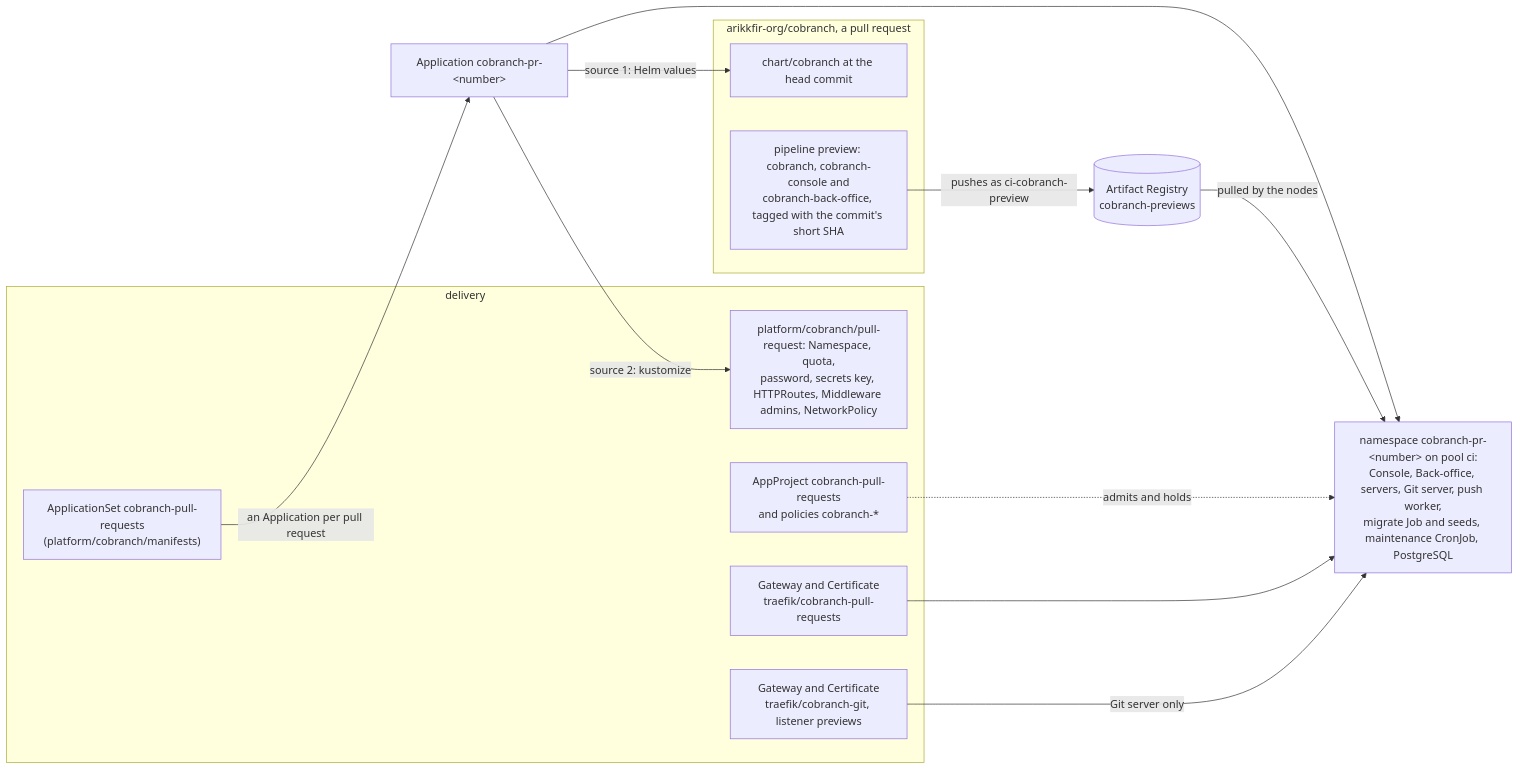
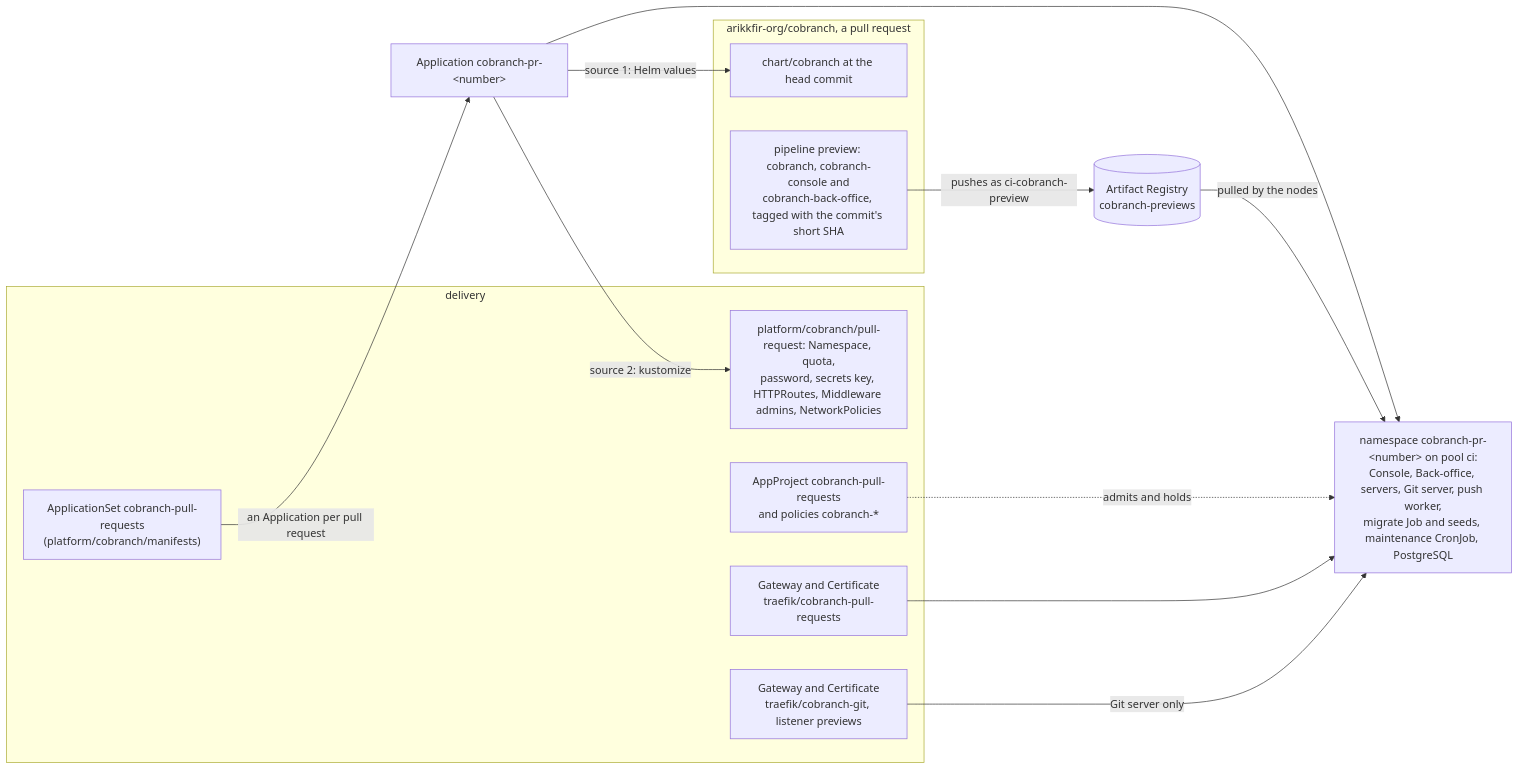
The first of 4 diagrams in docs/delivery/designs/cobranch-previews.md (arikkfir-org/delivery), drawn with Mermaid before and after one commit. The commit also changed other lines of this file and 5 other files, not shown here.

````diff
--- a/docs/delivery/designs/cobranch-previews.md
+++ b/docs/delivery/designs/cobranch-previews.md
@@ -11,23 +11,23 @@
 ```mermaid
 flowchart LR
   subgraph cobranchrepo["arikkfir-org/cobranch, a pull request"]
     Chart["chart/cobranch at the head commit"]
     Preview["pipeline preview: cobranch, cobranch-console and<br/>cobranch-back-office, tagged with the commit's short SHA"]
   end
   subgraph delivery["delivery"]
     Set["ApplicationSet cobranch-pull-requests<br/>(platform/cobranch/manifests)"]
-    Extras["platform/cobranch/pull-request: Namespace, quota,<br/>password, secrets key, HTTPRoutes, Middleware admins, NetworkPolicy"]
+    Extras["platform/cobranch/pull-request: Namespace, quota,<br/>password, secrets key, HTTPRoutes, Middleware admins, NetworkPolicies"]
     Project["AppProject cobranch-pull-requests<br/>and policies cobranch-*"]
     GW["Gateway and Certificate<br/>traefik/cobranch-pull-requests"]
     GitGW["Gateway and Certificate<br/>traefik/cobranch-git, listener previews"]
   end
   Preview -- "pushes as ci-cobranch-preview" --> Reg[("Artifact Registry<br/>cobranch-previews")]
   Set -- "an Application per pull request" --> App["Application cobranch-pr-&lt;number&gt;"]
   App -- "source 1: Helm values" --> Chart
   App -- "source 2: kustomize" --> Extras
   App --> NS["namespace cobranch-pr-&lt;number&gt; on pool ci:<br/>Console, Back-office, servers, Git server, push worker,<br/>migrate Job and seeds, maintenance CronJob, PostgreSQL"]
   Reg -- "pulled by the nodes" --> NS
   Project -. "admits and holds" .-> NS
   GW --> NS
   GitGW -- "Git server only" --> NS
 ```
````
